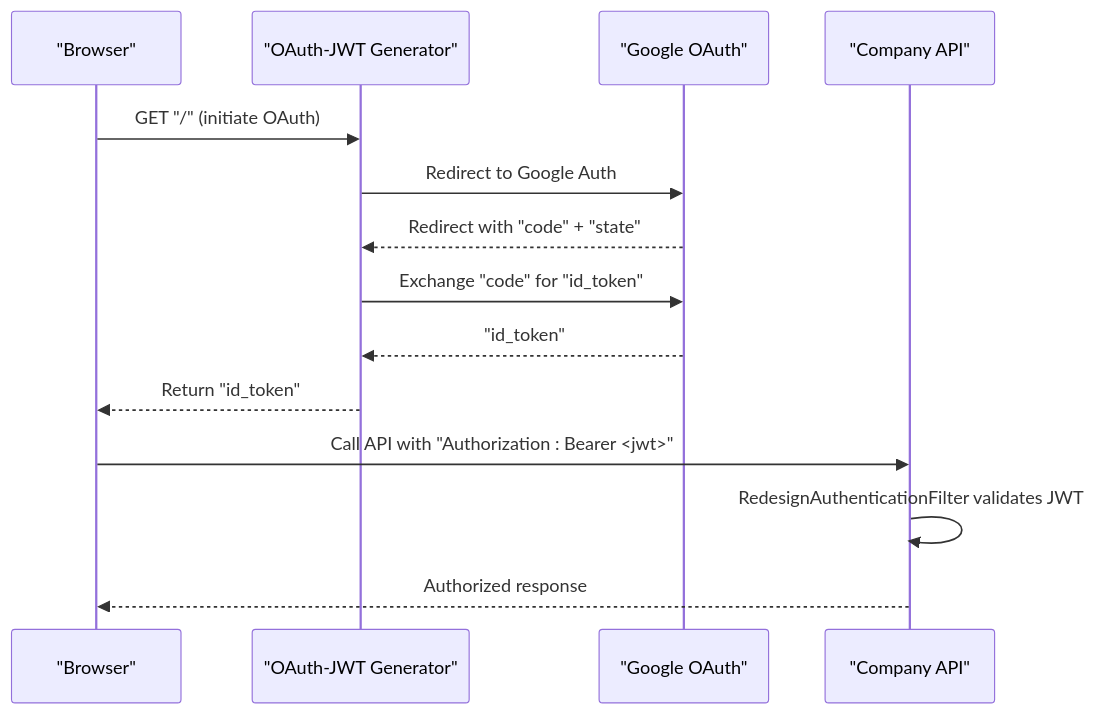
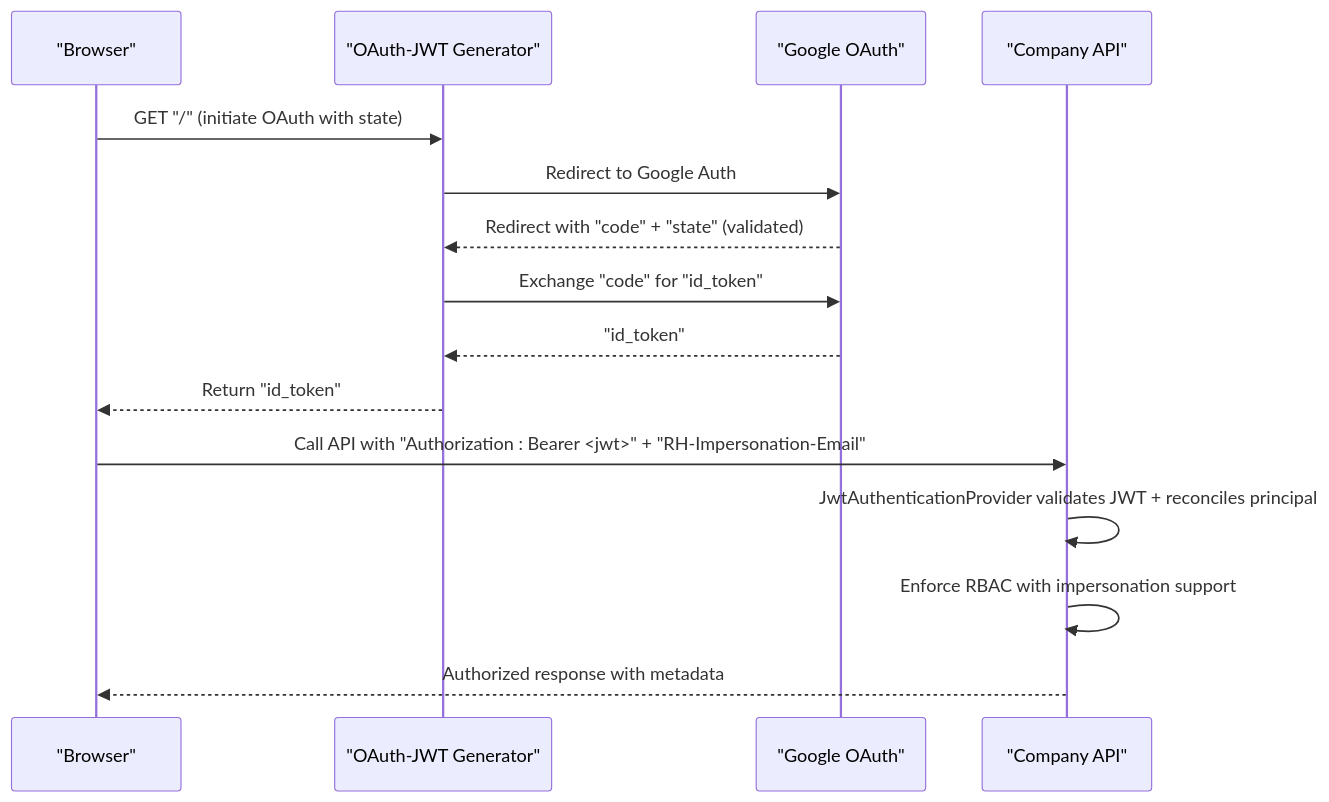
Before and after one commit to effinrich/rh-nx-monorepo: the second of 8 diagrams in .qoder/repowiki/en/content/Authentication & Authorization.md, drawn with Mermaid. The commit also changed other lines of this file and 130 other files, not shown here.

````diff
--- a/.qoder/repowiki/en/content/Authentication & Authorization.md
+++ b/.qoder/repowiki/en/content/Authentication & Authorization.md
@@ -105,16 +120,17 @@
 ```mermaid
 sequenceDiagram
 participant Browser as "Browser"
 participant OAuthGen as "OAuth-JWT Generator"
 participant Google as "Google OAuth"
 participant Backend as "Company API"
-Browser->>OAuthGen : GET "/" (initiate OAuth)
+Browser->>OAuthGen : GET "/" (initiate OAuth with state)
 OAuthGen->>Google : Redirect to Google Auth
-Google-->>OAuthGen : Redirect with "code" + "state"
+Google-->>OAuthGen : Redirect with "code" + "state" (validated)
 OAuthGen->>Google : Exchange "code" for "id_token"
 Google-->>OAuthGen : "id_token"
 OAuthGen-->>Browser : Return "id_token"
-Browser->>Backend : Call API with "Authorization : Bearer <jwt>"
-Backend->>Backend : RedesignAuthenticationFilter validates JWT
-Backend-->>Browser : Authorized response
+Browser->>Backend : Call API with "Authorization : Bearer <jwt>" + "RH-Impersonation-Email"
+Backend->>Backend : JwtAuthenticationProvider validates JWT + reconciles principal
+Backend->>Backend : Enforce RBAC with impersonation support
+Backend-->>Browser : Authorized response with metadata
 ```
````
